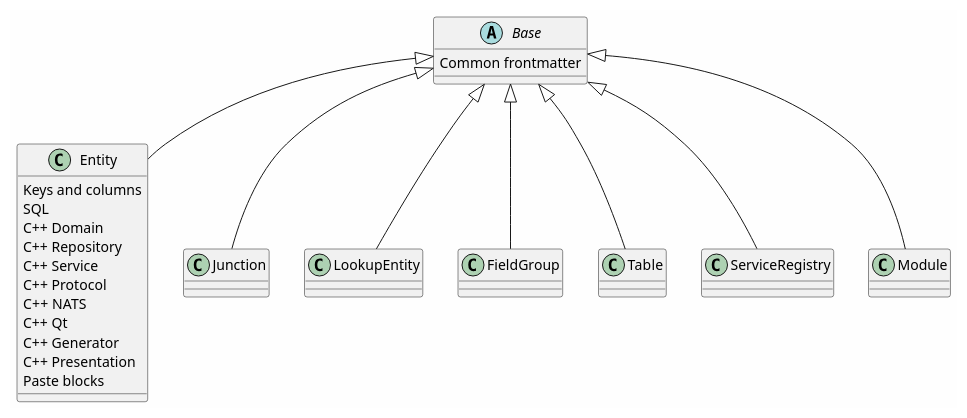
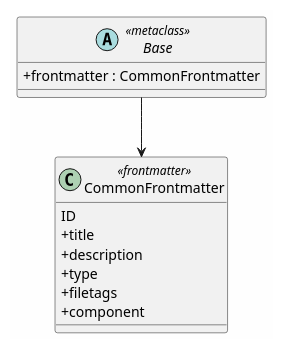
Before and after one commit to OreStudio/OreStudio: the diagram in projects/ores.codegen/modeling/codegen_meta_model.org, drawn with PlantUML. The commit also changed other lines of this file and 36 other files, not shown here.

```diff
--- a/projects/ores.codegen/modeling/codegen_meta_model.org
+++ b/projects/ores.codegen/modeling/codegen_meta_model.org
@@ -50,39 +50,20 @@
-#+begin_src plantuml :file codegen_meta_model_hierarchy.png
+#+begin_src plantuml :file codegen_meta_model.png
 @startuml
 skinparam backgroundColor #FEFEFE
 skinparam classAttributeIconSize 0
 
-abstract class Base {
-  Common frontmatter
+class CommonFrontmatter <<frontmatter>> {
+  ID
+  +title
+  +description
+  +type
+  +filetags
+  +component
 }
 
-class Entity {
-  Keys and columns
-  SQL
-  C++ Domain
-  C++ Repository
-  C++ Service
-  C++ Protocol
-  C++ NATS
-  C++ Qt
-  C++ Generator
-  C++ Presentation
-  Paste blocks
+abstract class Base <<metaclass>> {
+  +frontmatter : CommonFrontmatter
 }
-
-class Junction
-class LookupEntity
-class FieldGroup
-class Table
-class ServiceRegistry
-class Module
-
-Base <|-- Entity
-Base <|-- Junction
-Base <|-- LookupEntity
-Base <|-- FieldGroup
-Base <|-- Table
-Base <|-- ServiceRegistry
-Base <|-- Module
+Base --> CommonFrontmatter
 @enduml
 #+end_src
```
